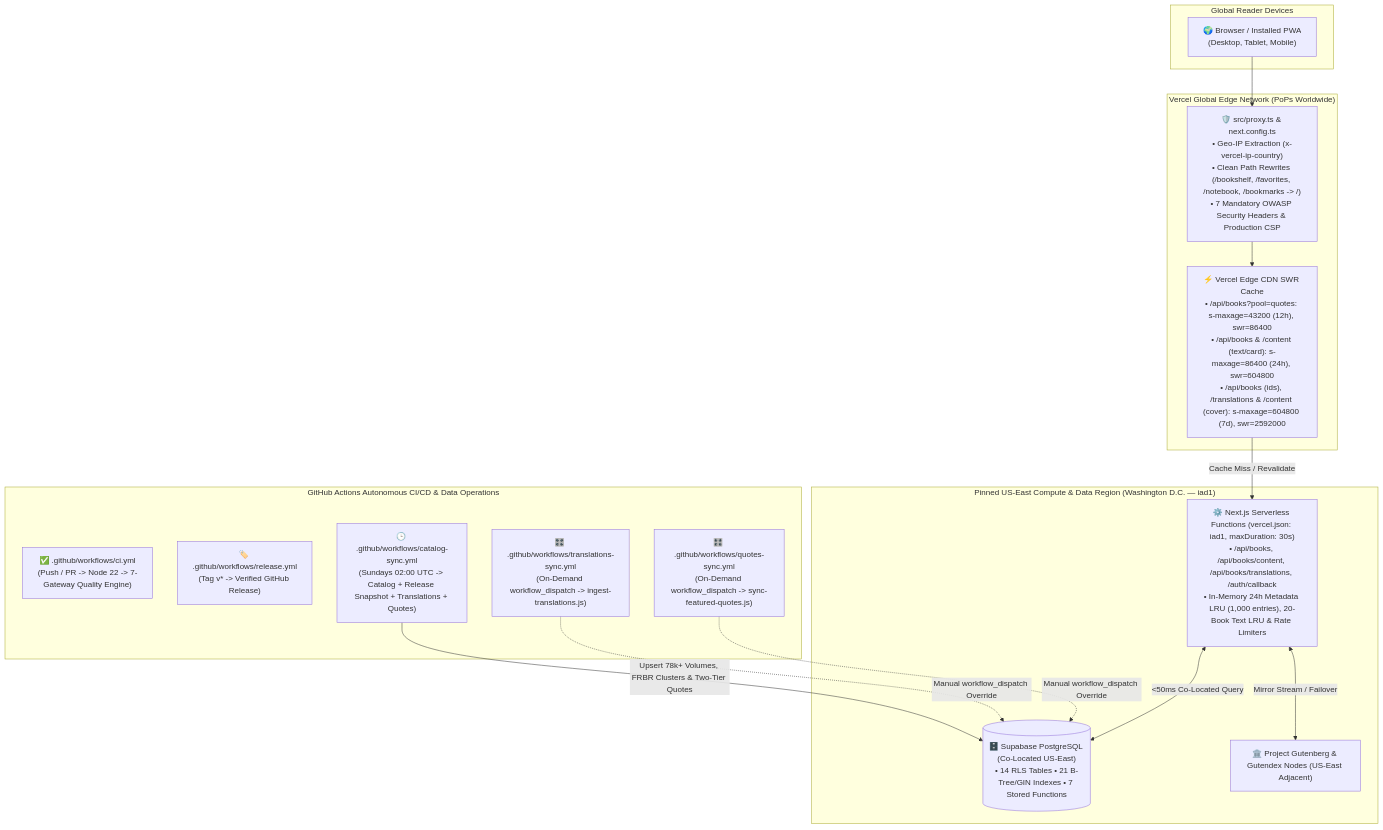
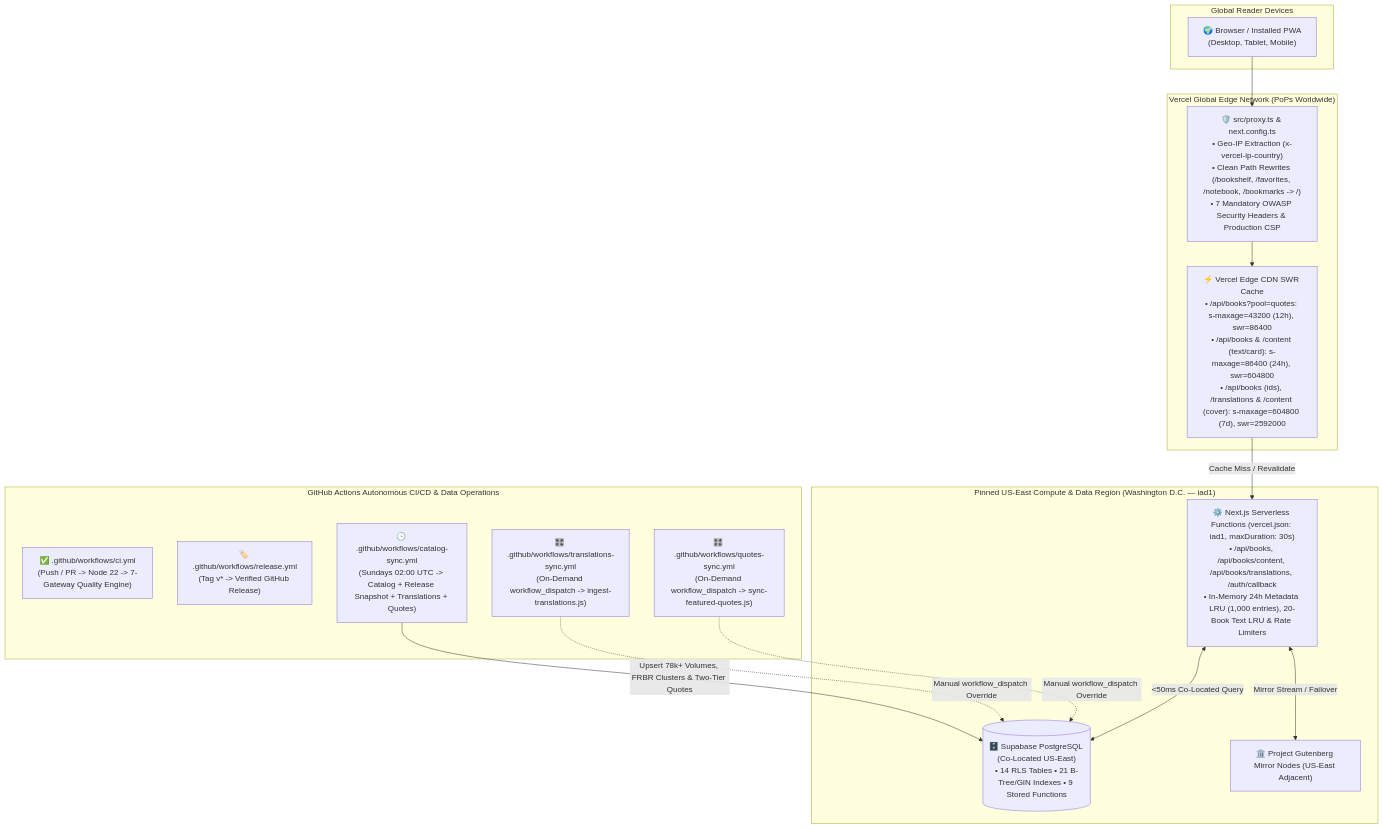
Before and after one commit to calin-m/Bookarium: diagram 12 of 13 in docs/ARCHITECTURE.md, drawn with Mermaid. The commit also changed other lines of this file and 92 other files, not shown here.

````diff
--- a/docs/ARCHITECTURE.md
+++ b/docs/ARCHITECTURE.md
@@ -1676,34 +1675,34 @@
 ```mermaid
 flowchart TD
     subgraph GlobalClients ["Global Reader Devices"]
         Client["🌍 Browser / Installed PWA\n(Desktop, Tablet, Mobile)"]
     end
 
     subgraph VercelEdgeNetwork ["Vercel Global Edge Network (PoPs Worldwide)"]
         EdgeProxy["🛡️ src/proxy.ts & next.config.ts\n• Geo-IP Extraction (x-vercel-ip-country)\n• Clean Path Rewrites (/bookshelf, /favorites, /notebook, /bookmarks -> /)\n• 7 Mandatory OWASP Security Headers & Production CSP"]
         EdgeCDN["⚡ Vercel Edge CDN SWR Cache\n• /api/books?pool=quotes: s-maxage=43200 (12h), swr=86400\n• /api/books & /content (text/card): s-maxage=86400 (24h), swr=604800\n• /api/books (ids), /translations & /content (cover): s-maxage=604800 (7d), swr=2592000"]
     end
 
     subgraph USCompute ["Pinned US-East Compute & Data Region (Washington D.C. — iad1)"]
         Serverless["⚙️ Next.js Serverless Functions (vercel.json: iad1, maxDuration: 30s)\n• /api/books, /api/books/content, /api/books/translations, /auth/callback\n• In-Memory 24h Metadata LRU (1,000 entries), 20-Book Text LRU & Rate Limiters"]
-        SupabaseUS[("🗄️ Supabase PostgreSQL (Co-Located US-East)\n• 14 RLS Tables • 21 B-Tree/GIN Indexes • 7 Stored Functions")]
-        GutenbergUS["🏛️ Project Gutenberg & Gutendex Nodes (US-East Adjacent)"]
+        SupabaseUS[("🗄️ Supabase PostgreSQL (Co-Located US-East)\n• 14 RLS Tables • 21 B-Tree/GIN Indexes • 9 Stored Functions")]
+        GutenbergUS["🏛️ Project Gutenberg Mirror Nodes (US-East Adjacent)"]
     end
 
     subgraph GitHubOps ["GitHub Actions Autonomous CI/CD & Data Operations"]
         CIWorkflow["✅ .github/workflows/ci.yml\n(Push / PR -> Node 22 -> 7-Gateway Quality Engine)"]
         ReleaseWorkflow["🏷️ .github/workflows/release.yml\n(Tag v* -> Verified GitHub Release)"]
         CatalogCron["🕒 .github/workflows/catalog-sync.yml\n(Sundays 02:00 UTC -> Catalog + Release Snapshot + Translations + Quotes)"]
         TransCron["🎛️ .github/workflows/translations-sync.yml\n(On-Demand workflow_dispatch -> ingest-translations.js)"]
         QuotesCron["🎛️ .github/workflows/quotes-sync.yml\n(On-Demand workflow_dispatch -> sync-featured-quotes.js)"]
     end
 
     Client --> EdgeProxy
     EdgeProxy --> EdgeCDN
     EdgeCDN -->|"Cache Miss / Revalidate"| Serverless
     Serverless <-->|"<50ms Co-Located Query"| SupabaseUS
     Serverless <-->|"Mirror Stream / Failover"| GutenbergUS
     CatalogCron -->|"Upsert 78k+ Volumes, FRBR Clusters & Two-Tier Quotes"| SupabaseUS
     TransCron -.->|"Manual workflow_dispatch Override"| SupabaseUS
     QuotesCron -.->|"Manual workflow_dispatch Override"| SupabaseUS
 ```
````
